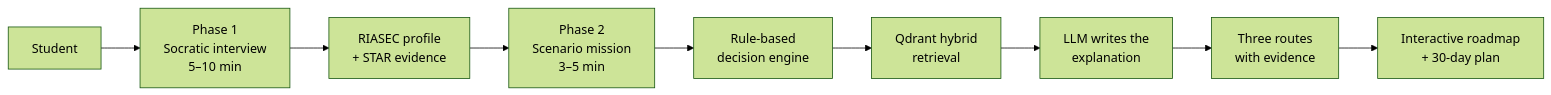
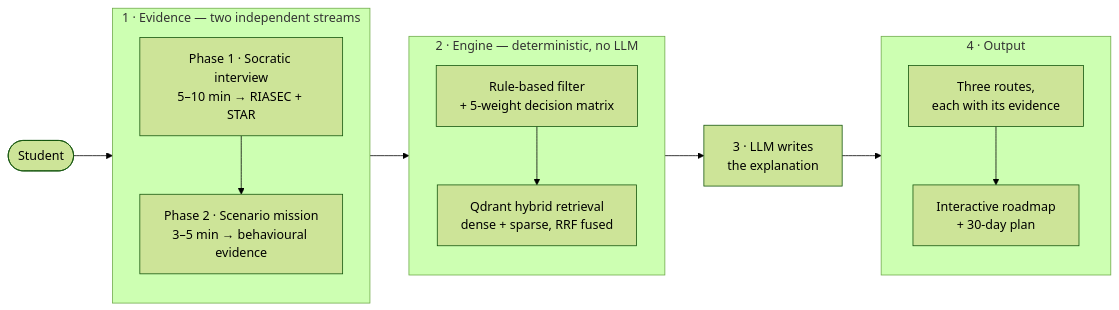
One commit to winxtxrgit/futureme-ai changed the first of 5 diagrams in README.md. Above: the diagram before and after it, drawn with Mermaid (forest theme). The commit also changed 3 other files, not shown here.

First line of the commit message:
fix: restructure wide Mermaid diagrams for readability

````diff
--- a/README.md
+++ b/README.md
@@ -82,11 +82,30 @@
 ```mermaid
 flowchart LR
-    A["Student"] --> B["Phase 1<br/>Socratic interview<br/>5–10 min"]
-    B --> C["RIASEC profile<br/>+ STAR evidence"]
-    C --> D["Phase 2<br/>Scenario mission<br/>3–5 min"]
-    D --> E["Rule-based<br/>decision engine"]
-    E --> F["Qdrant hybrid<br/>retrieval"]
-    F --> G["LLM writes the<br/>explanation"]
-    G --> H["Three routes<br/>with evidence"]
-    H --> I["Interactive roadmap<br/>+ 30-day plan"]
+    A(["Student"]) --> B
+
+    subgraph EV ["1 · Evidence — two independent streams"]
+        direction TB
+        B["Phase 1 · Socratic interview<br/>5–10 min → RIASEC + STAR"]
+        C["Phase 2 · Scenario mission<br/>3–5 min → behavioural evidence"]
+        B --> C
+    end
+
+    C --> D
+
+    subgraph EN ["2 · Engine — deterministic, no LLM"]
+        direction TB
+        D["Rule-based filter<br/>+ 5-weight decision matrix"]
+        E["Qdrant hybrid retrieval<br/>dense + sparse, RRF fused"]
+        D --> E
+    end
+
+    E --> F["3 · LLM writes<br/>the explanation"]
+    F --> G
+
+    subgraph OUT ["4 · Output"]
+        direction TB
+        G["Three routes,<br/>each with its evidence"]
+        H["Interactive roadmap<br/>+ 30-day plan"]
+        G --> H
+    end
 ```
````
